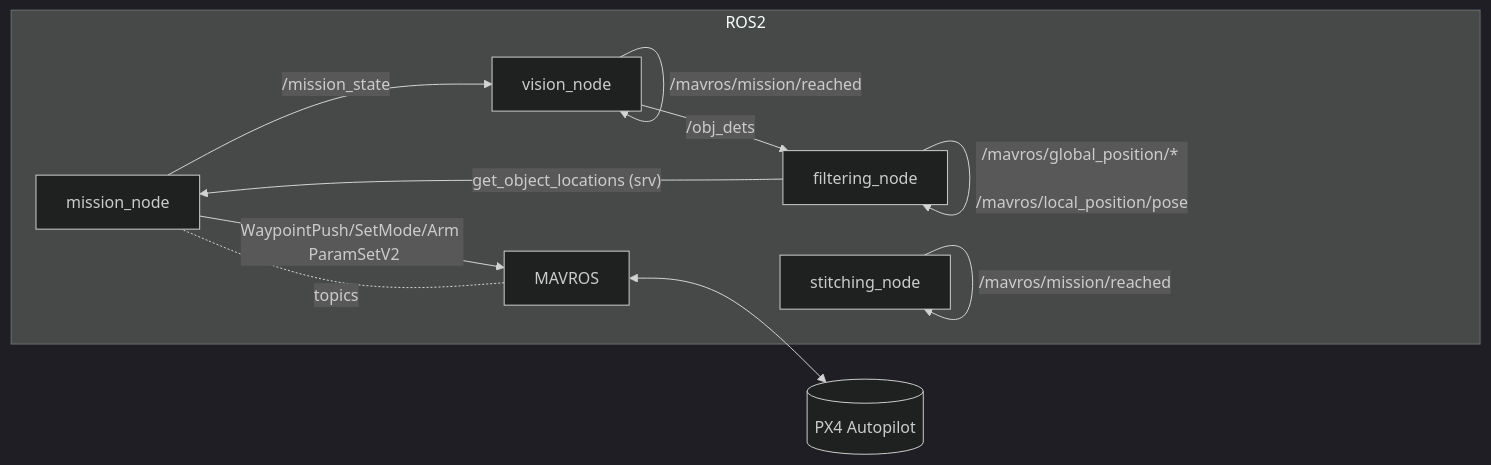
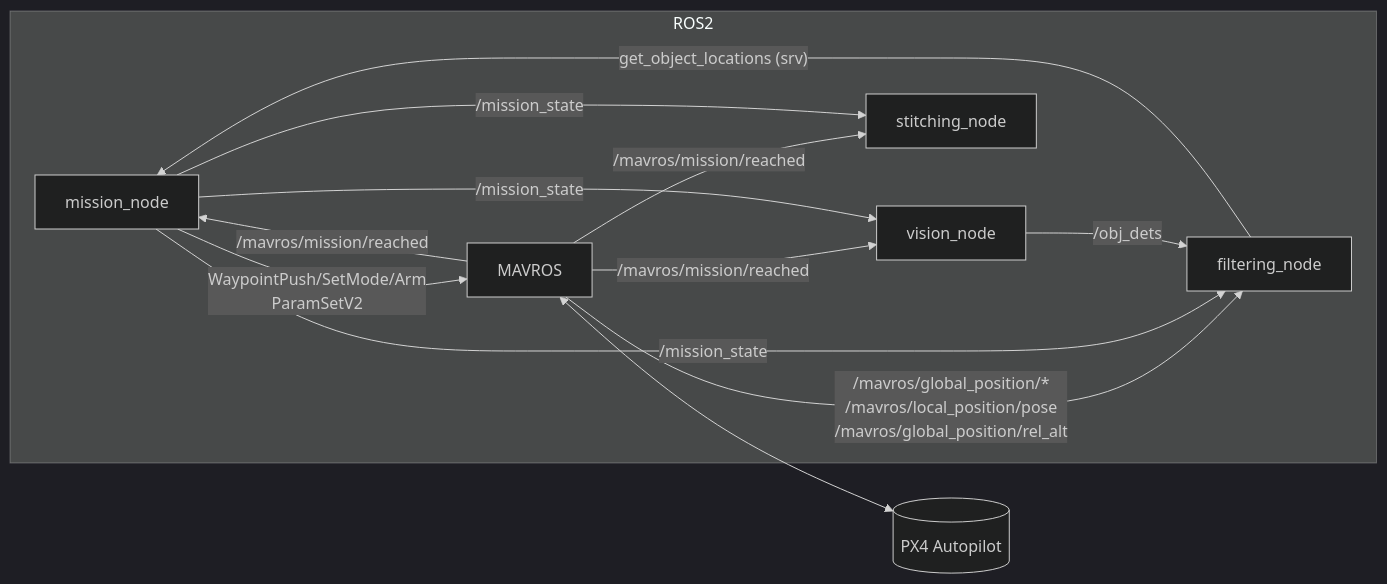
The first of 2 diagrams in README.md (BuckeyeVertical/bv_core), drawn with Mermaid (dark theme) before and after one commit. The commit also changed other lines of this file, not shown here.

Commit message:
fixed readme issue

````diff
--- a/README.md
+++ b/README.md
@@ -15,14 +15,21 @@
 ```mermaid
 flowchart LR
 	subgraph ROS2
-		A[mission_node] -- WaypointPush/SetMode/Arm \n ParamSetV2 --> MTR[MAVROS]
-		MTR -. topics .- A
-		V[vision_node] -- /mavros/mission/reached --> V
-		F[filtering_node] -- /mavros/global_position/* \n /mavros/local_position/pose --> F
-		S[stitching_node] -- /mavros/mission/reached --> S
-		A -- /mission_state --> V
-		V -- /obj_dets --> F
-		F -- get_object_locations (srv) --> A
+		A[mission_node]
+		V[vision_node]
+		F[filtering_node]
+		S[stitching_node]
+		MTR[MAVROS]
 	end
+	A -- WaypointPush/SetMode/Arm<br/>ParamSetV2 --> MTR
+	MTR -- /mavros/mission/reached --> A
+	MTR -- /mavros/mission/reached --> V
+	MTR -- /mavros/mission/reached --> S
+	MTR -- /mavros/global_position/*<br/>/mavros/local_position/pose<br/>/mavros/global_position/rel_alt --> F
+	A -- /mission_state --> V
+	A -- /mission_state --> F
+	A -- /mission_state --> S
+	V -- /obj_dets --> F
+	F -- get_object_locations (srv) --> A
 	MTR <--> PX4[(PX4 Autopilot)]
 ```
````
